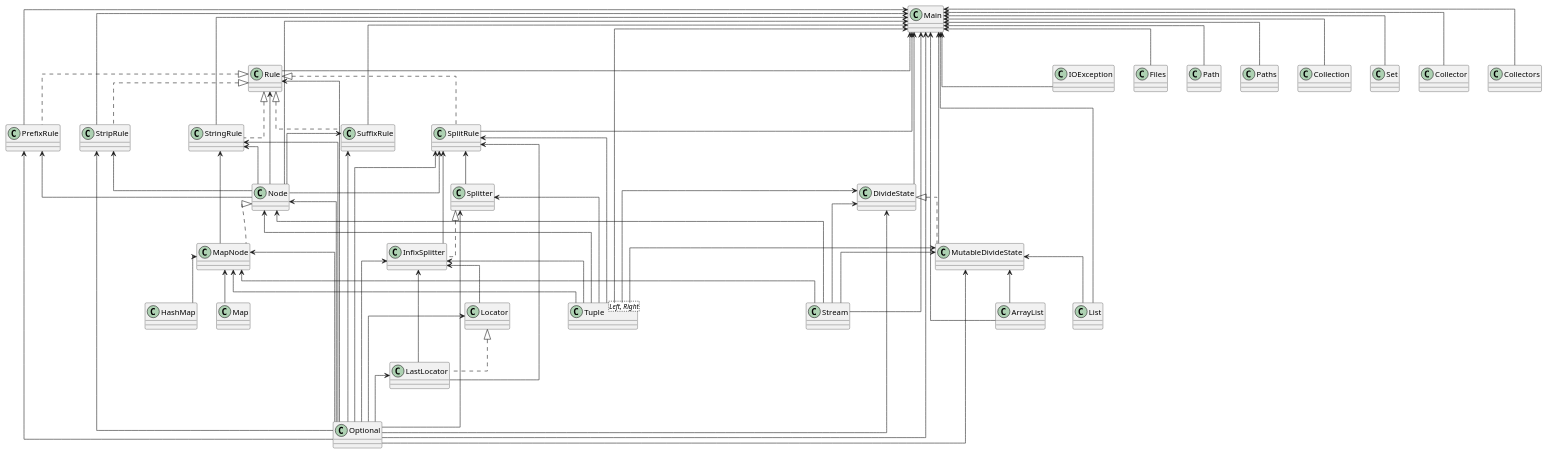
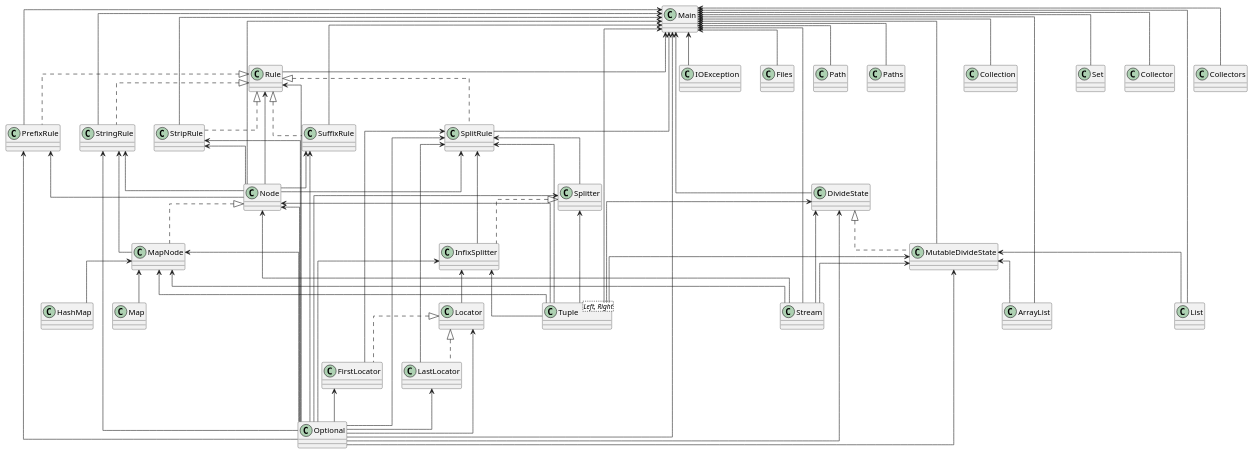
Before and after one commit to SirMathhman/Magma: the diagram in diagram.puml, drawn with PlantUML. The commit also changed 4 other files, not shown here.

```diff
--- a/diagram.puml
+++ b/diagram.puml
@@ -1,92 +1,95 @@
 @startuml
 skinparam linetype ortho
 class PrefixRule
 PrefixRule <-- Node
 PrefixRule <-- Optional
-class PrefixRule implements Rule
+class PrefixRule  implements Rule 
 class StripRule
 StripRule <-- Node
 StripRule <-- Optional
-class StripRule implements Rule
+class StripRule  implements Rule 
 class StringRule
 StringRule <-- MapNode
 StringRule <-- Node
 StringRule <-- Optional
-class StringRule implements Rule
+class StringRule  implements Rule 
 class Splitter
 Splitter <-- Tuple
 Splitter <-- Optional
 class Locator
 Locator <-- Optional
 class SuffixRule
 SuffixRule <-- Node
 SuffixRule <-- Optional
-class SuffixRule implements Rule
+class SuffixRule  implements Rule 
 class SplitRule
 SplitRule <-- Tuple
 SplitRule <-- Node
+SplitRule <-- FirstLocator
 SplitRule <-- LastLocator
 SplitRule <-- InfixSplitter
 SplitRule <-- Splitter
 SplitRule <-- Optional
 class SplitRule implements Rule 
+class FirstLocator
+FirstLocator <-- Optional
+class FirstLocator implements Locator 
 class LastLocator
 LastLocator <-- Optional
 class LastLocator implements Locator 
 class Rule
 Rule <-- Node
 Rule <-- Optional
 class Main
 Main <-- Tuple
 Main <-- DivideState
 Main <-- MutableDivideState
 Main <-- Node
 Main <-- PrefixRule
 Main <-- Rule
 Main <-- SplitRule
 Main <-- StringRule
 Main <-- StripRule
 Main <-- SuffixRule
 Main <-- IOException
 Main <-- Files
 Main <-- Path
 Main <-- Paths
 Main <-- ArrayList
 Main <-- Collection
 Main <-- List
 Main <-- Optional
 Main <-- Set
 Main <-- Collector
 Main <-- Collectors
 Main <-- Stream
 class Node
 Node <-- Tuple
 Node <-- Optional
 Node <-- Stream
 class MutableDivideState
 MutableDivideState <-- Tuple
 MutableDivideState <-- ArrayList
 MutableDivideState <-- List
 MutableDivideState <-- Optional
 MutableDivideState <-- Stream
 class MutableDivideState implements DivideState 
 class InfixSplitter
 InfixSplitter <-- Tuple
-InfixSplitter <-- LastLocator
 InfixSplitter <-- Locator
 InfixSplitter <-- Optional
 class InfixSplitter implements Splitter 
 class Tuple
-class Tuple<Left, Right> 
+class Tuple<Left, Right>  
 class DivideState
 DivideState <-- Tuple
 DivideState <-- Optional
 DivideState <-- Stream
 class MapNode
 MapNode <-- Tuple
 MapNode <-- HashMap
 MapNode <-- Map
 MapNode <-- Optional
 MapNode <-- Stream
 class MapNode implements Node 
 @enduml
```
